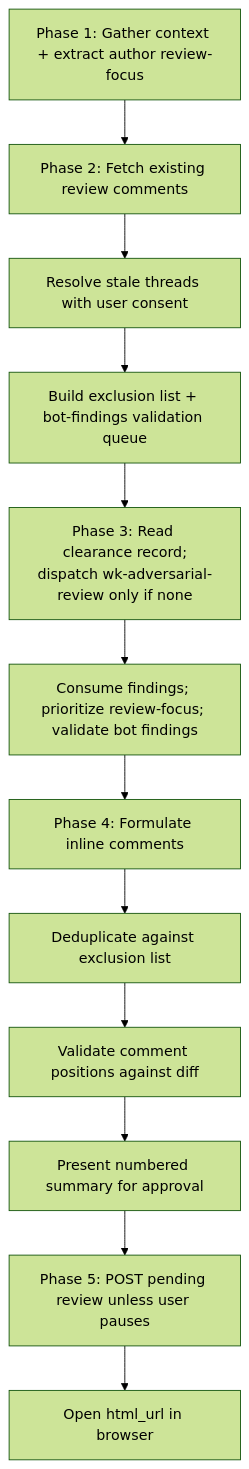
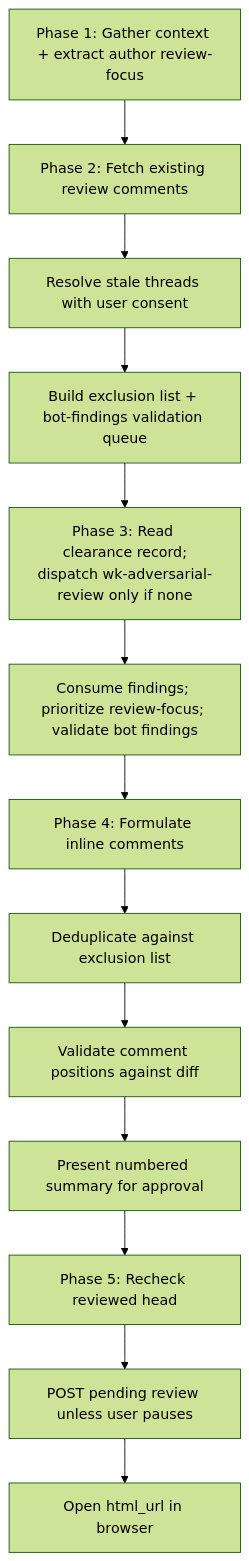
Before and after one commit to whizzzkid/skills: the diagram in skills/pr-review/README.md, drawn with Mermaid (forest theme). The commit also changed other lines of this file and 3 other files, not shown here.

First line of the commit message:
fix(pr-review): 🐛 pin draft review to investigated head

````diff
--- a/skills/pr-review/README.md
+++ b/skills/pr-review/README.md
@@ -18,14 +18,15 @@
 ```mermaid
 flowchart TD
     A[Phase 1: Gather context + extract author review-focus] --> B[Phase 2: Fetch existing review comments]
     B --> C[Resolve stale threads with user consent]
     C --> D[Build exclusion list + bot-findings validation queue]
     D --> E["Phase 3: Read clearance record;<br/>dispatch wk-adversarial-review only if none"]
     E --> F[Consume findings; prioritize review-focus; validate bot findings]
     F --> G[Phase 4: Formulate inline comments]
     G --> H[Deduplicate against exclusion list]
     H --> I[Validate comment positions against diff]
     I --> J[Present numbered summary for approval]
-    J --> K[Phase 5: POST pending review unless user pauses]
-    K --> L[Open html_url in browser]
+    J --> K["Phase 5: Recheck reviewed head"]
+    K --> L[POST pending review unless user pauses]
+    L --> M[Open html_url in browser]
 ```
````
